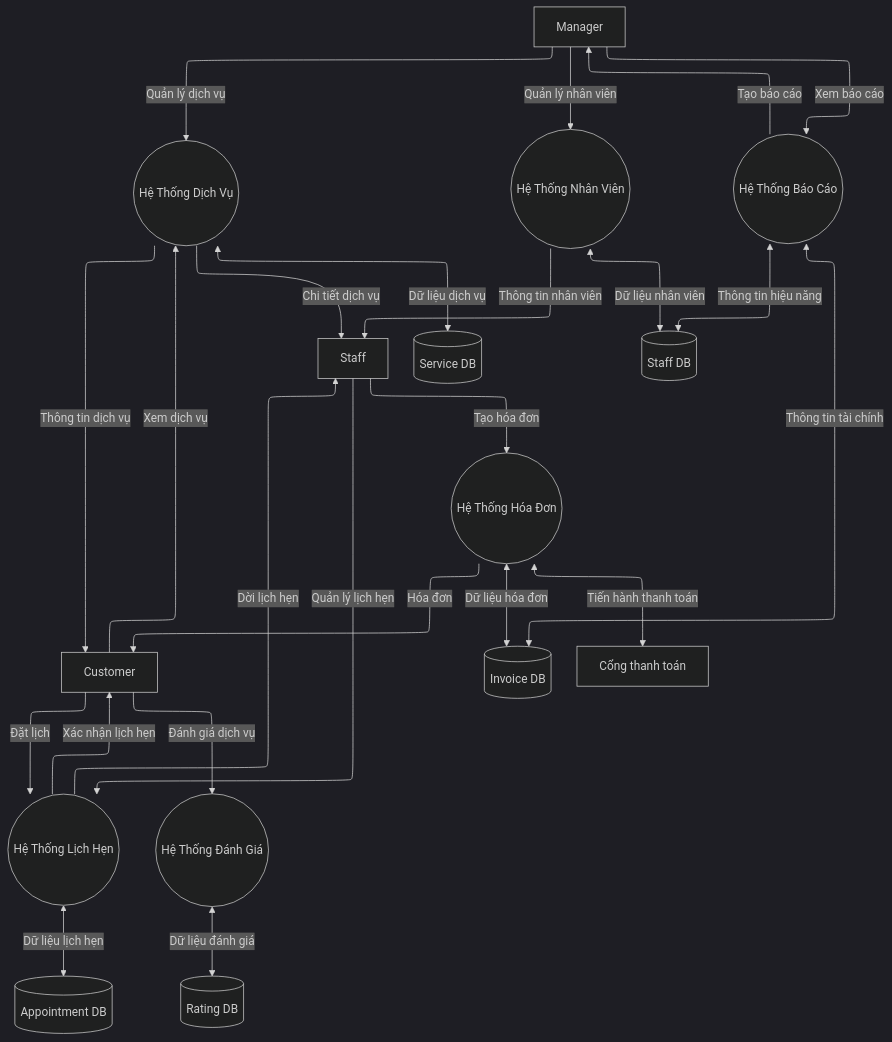
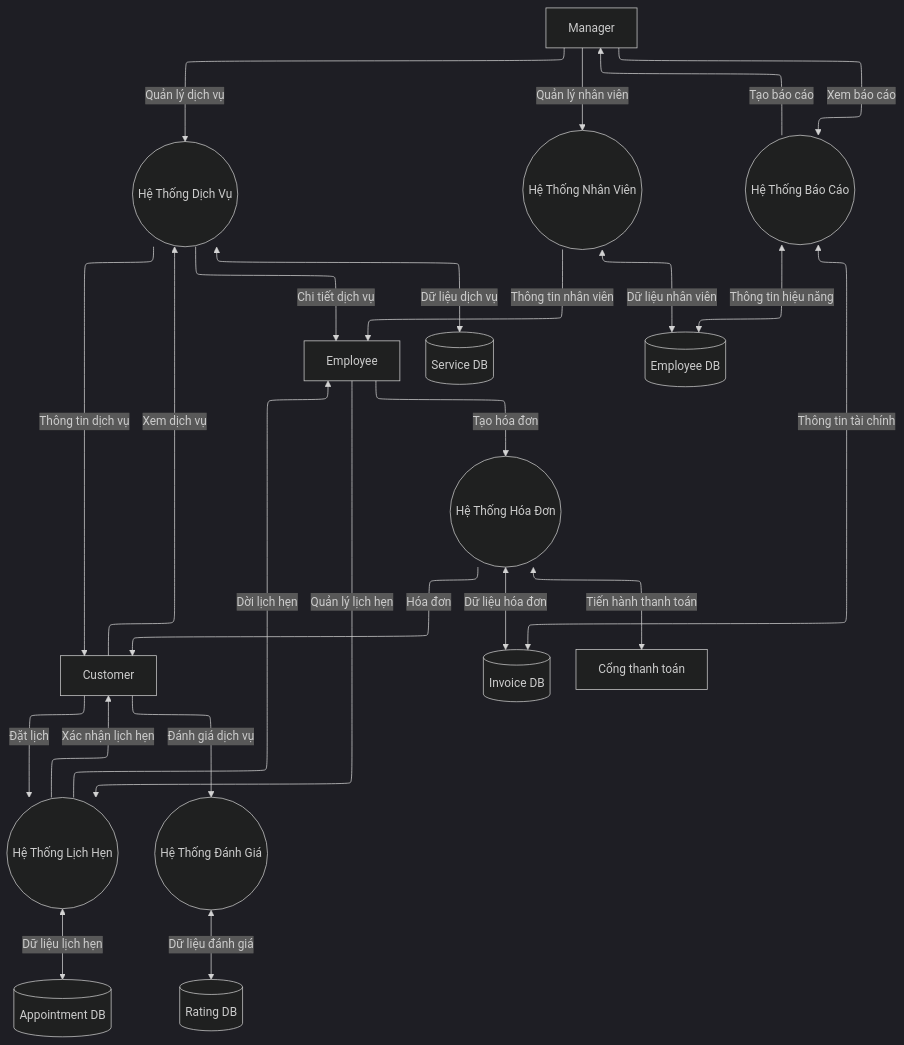
The eighth of 9 diagrams in docs/software-specs.md (tozydev/virgo-14), drawn with Mermaid (dark theme) before and after one commit. The commit also changed other lines of this file and 3 other files, not shown here.

Commit message:
docs: change Staff term to Employee term

````diff
--- a/docs/software-specs.md
+++ b/docs/software-specs.md
@@ -509,32 +509,32 @@
 ```mermaid
 ---
 config:
     flowchart:
         defaultRenderer: elk
 ---
 %%| fig-cap: Biểu đồ luồng dữ liệu hệ thống cấp 1
 graph TD
     A[Customer] --> |Đặt lịch| P1((Hệ Thống Lịch Hẹn))
     A --> |Xem dịch vụ| P2((Hệ Thống Dịch Vụ))
     A --> |Đánh giá dịch vụ| P3((Hệ Thống Đánh Giá))
-    C[Staff] --> |Quản lý lịch hẹn| P1
+    C[Employee] --> |Quản lý lịch hẹn| P1
     C --> |Tạo hóa đơn| P4((Hệ Thống Hóa Đơn))
     D[Manager] --> |Quản lý dịch vụ| P2
     D --> |Quản lý nhân viên| P5((Hệ Thống Nhân Viên))
     D --> |Xem báo cáo| P6((Hệ Thống Báo Cáo))
     P1 <--> |Dữ liệu lịch hẹn| DS1[(Appointment DB)]
     P2 <--> |Dữ liệu dịch vụ| DS2[(Service DB)]
     P3 <--> |Dữ liệu đánh giá| DS3[(Rating DB)]
     P4 <--> |Dữ liệu hóa đơn| DS4[(Invoice DB)]
-    P5 <--> |Dữ liệu nhân viên| DS5[(Staff DB)]
+    P5 <--> |Dữ liệu nhân viên| DS5[(Employee DB)]
     P6 --> |Tạo báo cáo| D
     P4 <--> |Tiến hành thanh toán| E[Cổng thanh toán]
     P1 --> |Xác nhận lịch hẹn| A
     P2 --> |Thông tin dịch vụ| A
     P4 --> |Hóa đơn| A
     P1 --> |Dời lịch hẹn| C
     P2 --> |Chi tiết dịch vụ| C
     P5 --> |Thông tin nhân viên| C
     P6 <--> |Thông tin tài chính| DS4
     P6 <--> |Thông tin hiệu năng| DS5
 ```
````
